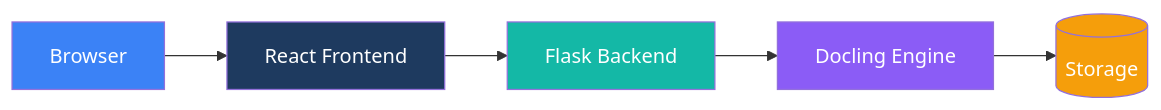
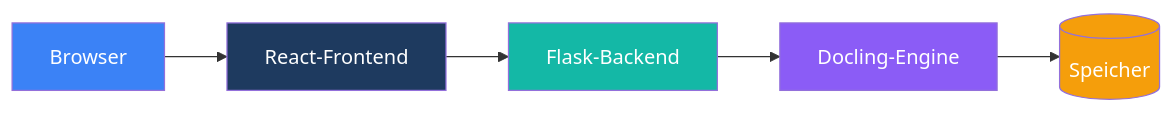
The diagram in docs/de/architecture/index.md (duckling-ui/duckling), drawn with Mermaid before and after one commit. The commit also changed other lines of this file and 133 other files, not shown here.

````diff
--- a/docs/de/architecture/index.md
+++ b/docs/de/architecture/index.md
@@ -9,13 +9,13 @@
 ```mermaid
 graph LR
-    A[Browser] --> B[React Frontend]
-    B --> C[Flask Backend]
-    C --> D[Docling Engine]
-    D --> E[(Storage)]
+    A[Browser] --> B[React-Frontend]
+    B --> C[Flask-Backend]
+    C --> D[Docling-Engine]
+    D --> E[(Speicher)]
 
     style A fill:#3b82f6,color:#fff
     style B fill:#1e3a5f,color:#fff
     style C fill:#14b8a6,color:#fff
     style D fill:#8b5cf6,color:#fff
     style E fill:#f59e0b,color:#fff
 ```
````
